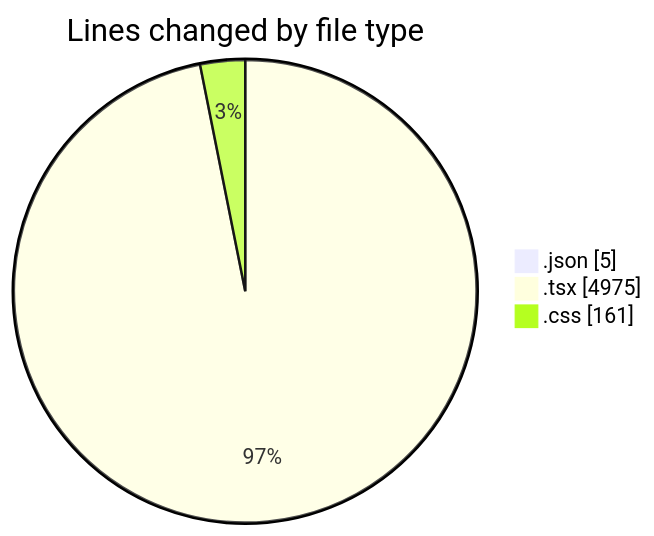
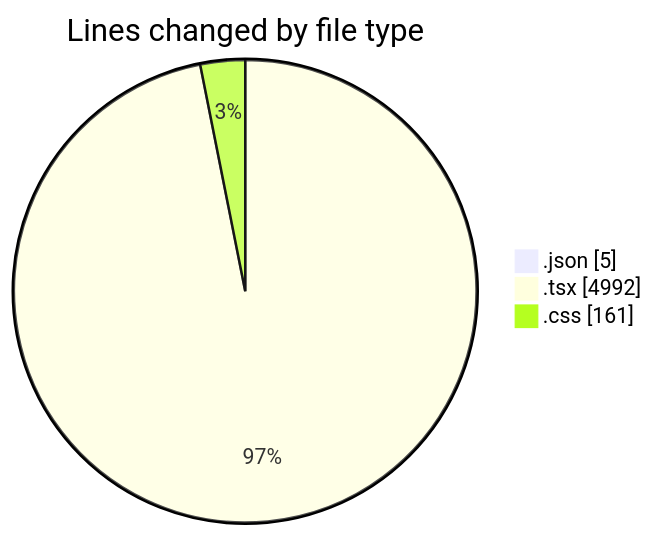
One commit to Elitesun/code-tracking changed the first of 2 diagrams in 2025-05-29/advertise/README.md. Above: the diagram before and after it, drawn with Mermaid. The commit also changed other lines of this file and 1 other file, not shown here.

````diff
--- a/2025-05-29/advertise/README.md
+++ b/2025-05-29/advertise/README.md
@@ -40,7 +40,7 @@
 ```mermaid
 pie showData
 title Lines changed by file type
 ".json" : 5
-".tsx" : 4975
+".tsx" : 4992
 ".css" : 161
 ```
````
